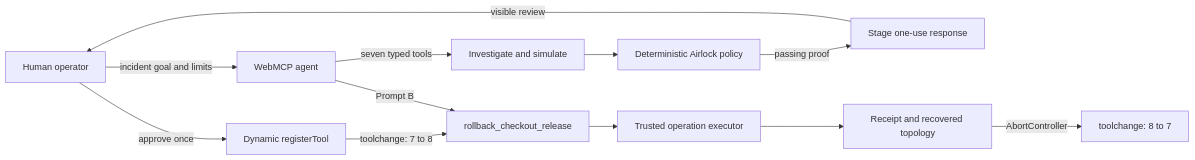
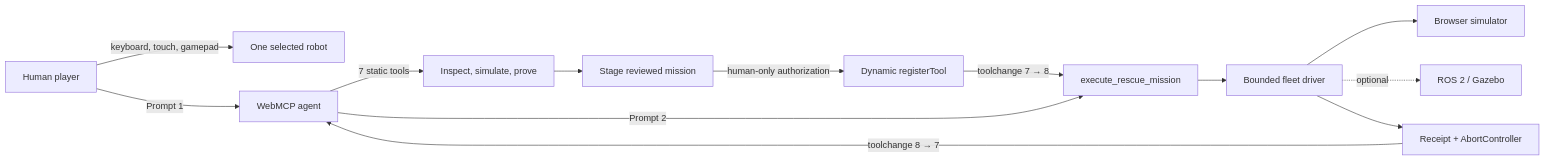
One commit to bilgin-kocak/firebreak changed the diagram in README.md. Above: the diagram before and after it, drawn with Mermaid. The commit also changed other lines of this file and 95 other files, not shown here.

Commit message:
feat: complete WebMCP Firebreak pivot

````diff
--- a/README.md
+++ b/README.md
@@ -91,14 +85,15 @@
 ```mermaid
 flowchart LR
-  H[Human operator] -->|incident goal and limits| A[WebMCP agent]
-  A -->|seven typed tools| I[Investigate and simulate]
-  I --> P[Deterministic Airlock policy]
-  P -->|passing proof| S[Stage one-use response]
-  S -->|visible review| H
-  H -->|approve once| D[Dynamic registerTool]
-  D -->|toolchange: 7 to 8| T[rollback_checkout_release]
-  A -->|Prompt B| T
-  T --> E[Trusted operation executor]
-  E --> R[Receipt and recovered topology]
-  R -->|AbortController| U[toolchange: 8 to 7]
+  H[Human player] -->|keyboard, touch, gamepad| R1[One selected robot]
+  H -->|Prompt 1| A[WebMCP agent]
+  A -->|7 static tools| P[Inspect, simulate, prove]
+  P --> S[Stage reviewed mission]
+  S -->|human-only authorization| D[Dynamic registerTool]
+  D -->|toolchange 7 → 8| M[execute_rescue_mission]
+  A -->|Prompt 2| M
+  M --> X[Bounded fleet driver]
+  X --> B[Browser simulator]
+  X -. optional .-> ROS[ROS 2 / Gazebo]
+  X --> C[Receipt + AbortController]
+  C -->|toolchange 8 → 7| A
 ```
````
